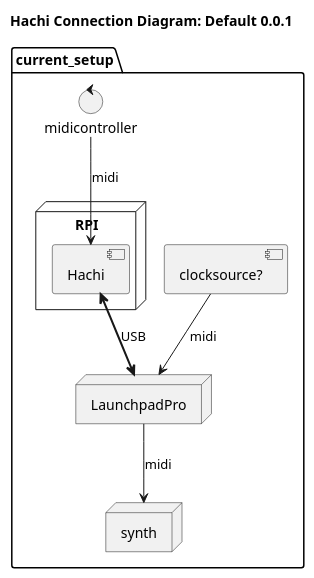
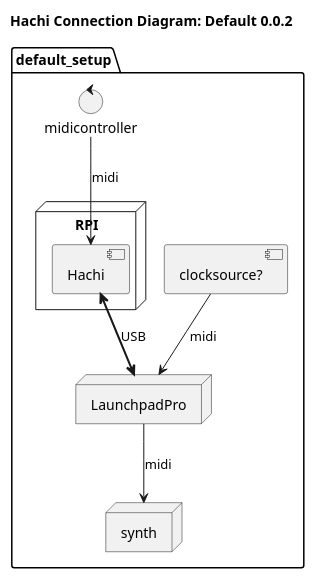
Before and after one commit to perkowitz/issho: the diagram in doc/setups/default.puml, drawn with PlantUML.

Commit message:
Update default.puml
naming default

```diff
--- a/doc/setups/default.puml
+++ b/doc/setups/default.puml
@@ -1,23 +1,23 @@
 @startuml
 title
-Hachi Connection Diagram: Default 0.0.1
+Hachi Connection Diagram: Default 0.0.2
 end title
 
-package current_setup {
+package default_setup {
 component "clocksource?" as clk
 control midicontroller as ctl
 node LaunchpadPro as lpp
 node synth
 
 node RPI {
 component  "Hachi" as hachi
 }
 
 clk --> lpp: midi
 ctl --> hachi: midi
 
 hachi <==> lpp: USB
 lpp --> synth: midi
 }
 
 @enduml
```
